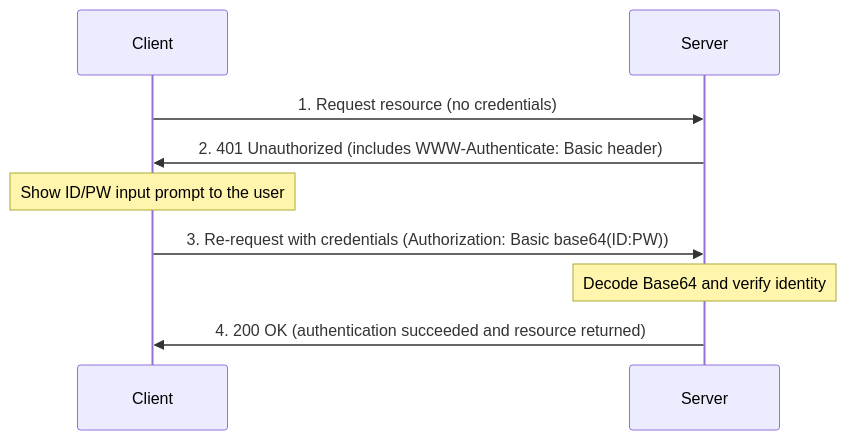
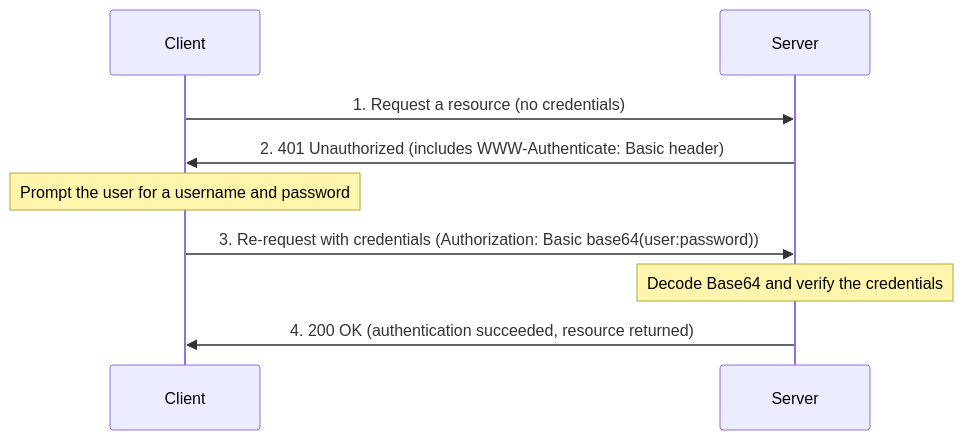
One commit to jeonck/k8s-adv changed the diagram in content/security/04-implementation/32-http-basic-auth-deprecated.md. Above: the diagram before and after it, drawn with Mermaid. The commit also changed other lines of this file and 53 other files, not shown here.

````diff
--- a/content/security/04-implementation/32-http-basic-auth-deprecated.md
+++ b/content/security/04-implementation/32-http-basic-auth-deprecated.md
@@ -30,12 +30,12 @@
 ```mermaid
 sequenceDiagram
     participant C as Client
     participant S as Server
     
-    C->>S: 1. Request resource (no credentials)
+    C->>S: 1. Request a resource (no credentials)
     S->>C: 2. 401 Unauthorized (includes WWW-Authenticate: Basic header)
-    Note over C: Show ID/PW input prompt to the user
-    C->>S: 3. Re-request with credentials (Authorization: Basic base64(ID:PW))
-    Note over S: Decode Base64 and verify identity
-    S->>C: 4. 200 OK (authentication succeeded and resource returned)
+    Note over C: Prompt the user for a username and password
+    C->>S: 3. Re-request with credentials (Authorization: Basic base64(user:password))
+    Note over S: Decode Base64 and verify the credentials
+    S->>C: 4. 200 OK (authentication succeeded, resource returned)
 ```
````
